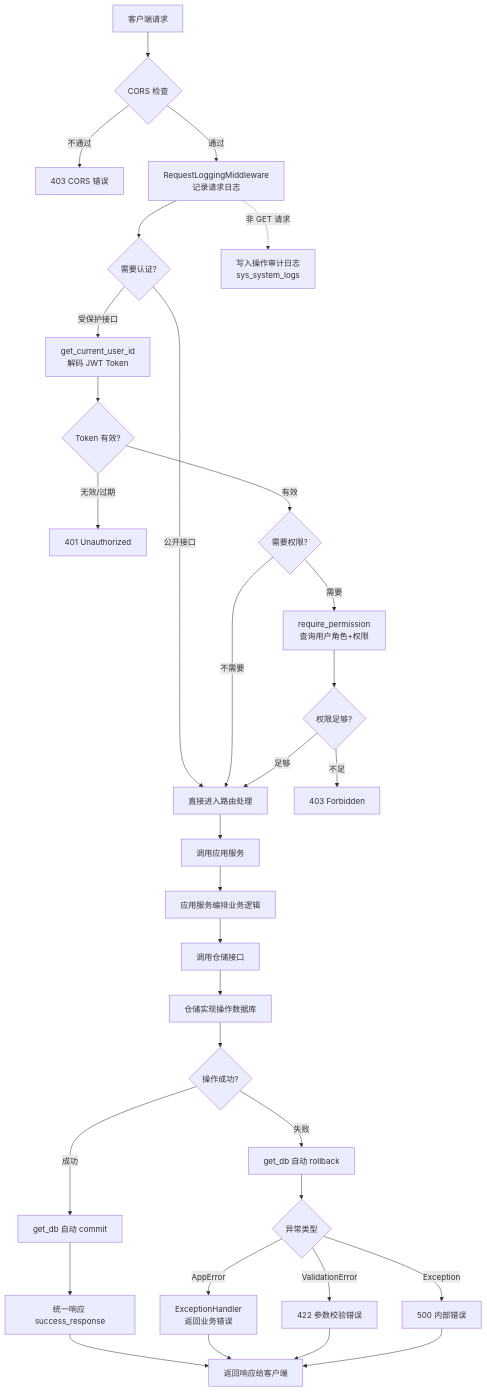
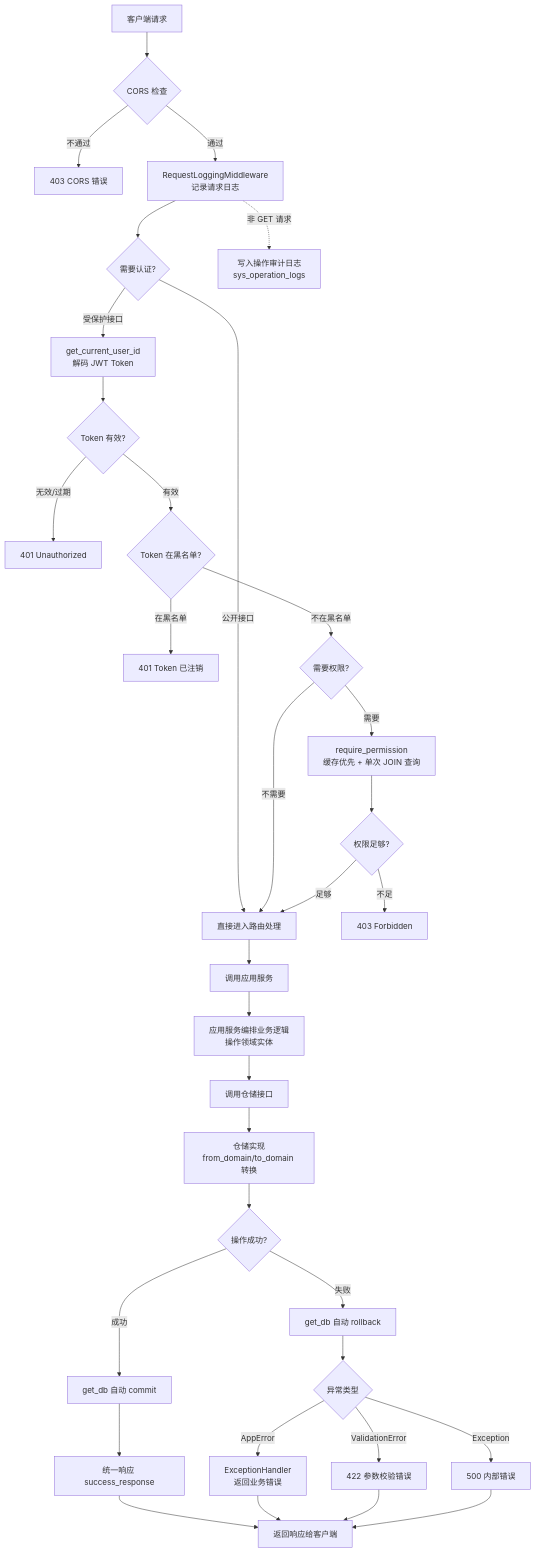
Before and after one commit to taoweidong/Hello-FastApi: the fifth of 8 diagrams in service/docs/design/核心流程图与时序图.md, drawn with Mermaid. The commit also changed other lines of this file and 22 other files, not shown here.

````diff
--- a/service/docs/design/核心流程图与时序图.md
+++ b/service/docs/design/核心流程图与时序图.md
@@ -201,44 +219,47 @@
 ```mermaid
 flowchart TD
     A[客户端请求] --> B{CORS 检查}
     B -->|不通过| C[403 CORS 错误]
     B -->|通过| D[RequestLoggingMiddleware<br/>记录请求日志]
 
     D --> E{需要认证?}
     E -->|公开接口| F[直接进入路由处理]
     E -->|受保护接口| G[get_current_user_id<br/>解码 JWT Token]
 
     G --> H{Token 有效?}
     H -->|无效/过期| I[401 Unauthorized]
-    H -->|有效| J{需要权限?}
+    H -->|有效| H2{Token 在黑名单?}
+
+    H2 -->|在黑名单| I2[401 Token 已注销]
+    H2 -->|不在黑名单| J{需要权限?}
 
     J -->|不需要| F
-    J -->|需要| K[require_permission<br/>查询用户角色+权限]
+    J -->|需要| K[require_permission<br/>缓存优先 + 单次 JOIN 查询]
 
     K --> L{权限足够?}
     L -->|不足| M[403 Forbidden]
     L -->|足够| F
 
     F --> N[调用应用服务]
-    N --> O[应用服务编排业务逻辑]
+    N --> O[应用服务编排业务逻辑<br/>操作领域实体]
     O --> P[调用仓储接口]
-    P --> Q[仓储实现操作数据库]
+    P --> Q[仓储实现<br/>from_domain/to_domain 转换]
     Q --> R{操作成功?}
 
     R -->|成功| S[get_db 自动 commit]
     R -->|失败| T[get_db 自动 rollback]
 
     S --> U[统一响应 success_response]
     T --> V{异常类型}
 
     V -->|AppError| W[ExceptionHandler<br/>返回业务错误]
     V -->|ValidationError| X[422 参数校验错误]
     V -->|Exception| Y[500 内部错误]
 
     U --> Z[返回响应给客户端]
     W --> Z
     X --> Z
     Y --> Z
 
-    D -.->|非 GET 请求| AA[写入操作审计日志<br/>sys_system_logs]
+    D -.->|非 GET 请求| AA[写入操作审计日志<br/>sys_operation_logs]
 ```
````
